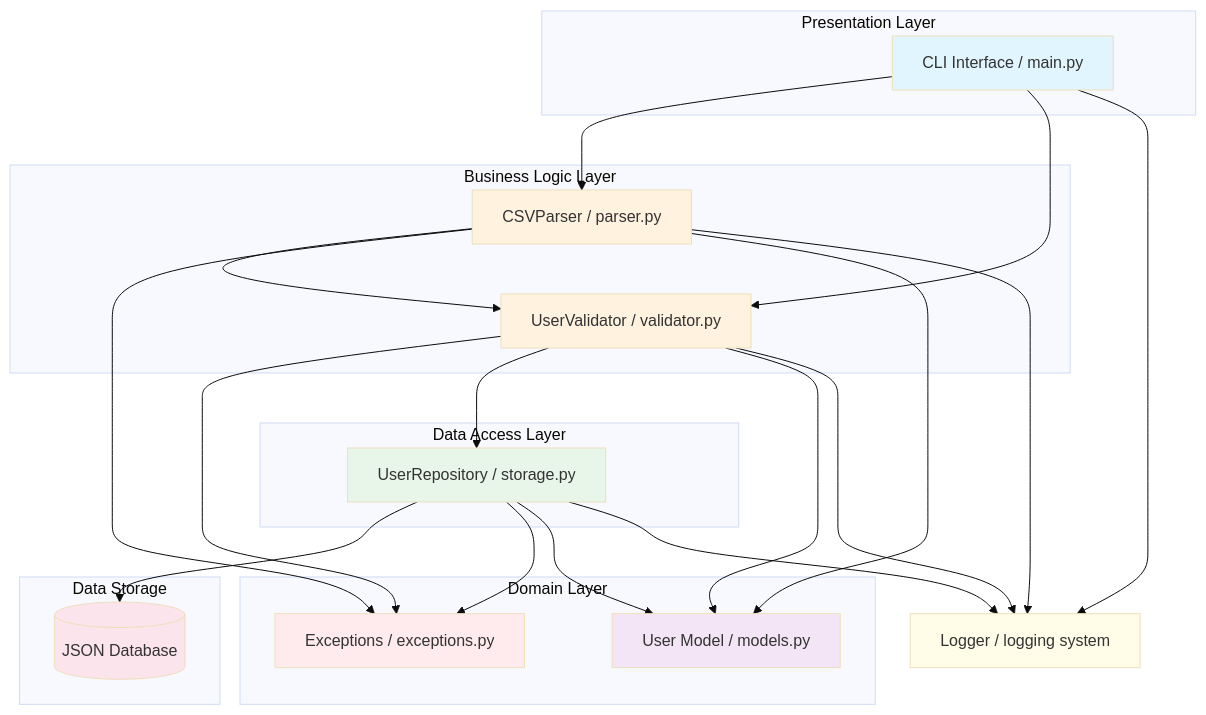
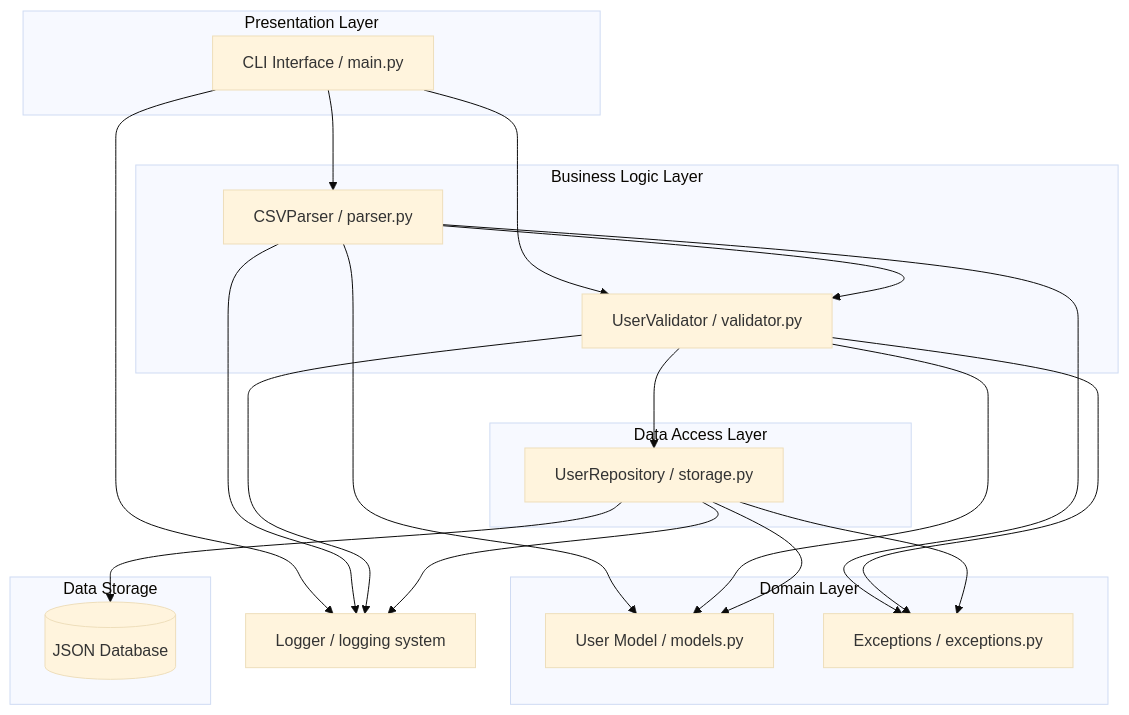
Before and after one commit to Ishimwediane/Labs: the diagram in module2/resilient-data-importer/docs/architecture.md, drawn with Mermaid (base theme). The commit also changed other lines of this file and 18 other files, not shown here.

Commit message:
WIP: updates to main, parser, storage

````diff
--- a/module2/resilient-data-importer/docs/architecture.md
+++ b/module2/resilient-data-importer/docs/architecture.md
@@ -72,66 +15,42 @@
 ```mermaid
 graph TB
-    %% Presentation Layer
     subgraph "Presentation Layer"
         CLI[CLI Interface / main.py]
     end
 
-    %% Business Logic Layer
     subgraph "Business Logic Layer"
         Parser[CSVParser / parser.py]
         Validator[UserValidator / validator.py]
     end
 
-    %% Data Access Layer
     subgraph "Data Access Layer"
         Repository[UserRepository / storage.py]
     end
 
-    %% Domain Layer
     subgraph "Domain Layer"
         UserModel[User Model / models.py]
         Exceptions[Exceptions / exceptions.py]
     end
 
-    %% Data Storage
     subgraph "Data Storage"
         JSONDB[(JSON Database)]
     end
 
-    %% Cross-Cutting
     Logger[Logger / logging system]
 
-    %% Arrows: Presentation → Business → Data → Storage
     CLI --> Parser
     CLI --> Validator
-
+    CLI --> Logger
     Parser --> Validator
     Parser --> Exceptions
+    Parser --> Logger
+    Parser --> UserModel
+    Validator --> Repository
     Validator --> Exceptions
-
-    Validator --> Repository
+    Validator --> Logger
+    Validator --> UserModel
     Repository --> JSONDB
     Repository --> Exceptions
-
-    %% Domain Layer
-    Parser --> UserModel
-    Validator --> UserModel
+    Repository --> Logger
     Repository --> UserModel
-
-    %% Cross-Cutting
-    CLI --> Logger
-    Parser --> Logger
-    Validator --> Logger
-    Repository --> Logger
-
-    %% Styling
-    style CLI fill:#e1f5ff
-    style Parser fill:#fff3e0
-    style Validator fill:#fff3e0
-    style Repository fill:#e8f5e9
-    style UserModel fill:#f3e5f5
-    style Exceptions fill:#ffebee
-    style Logger fill:#fffde7
-    style JSONDB fill:#fce4ec
-
 ```
````
